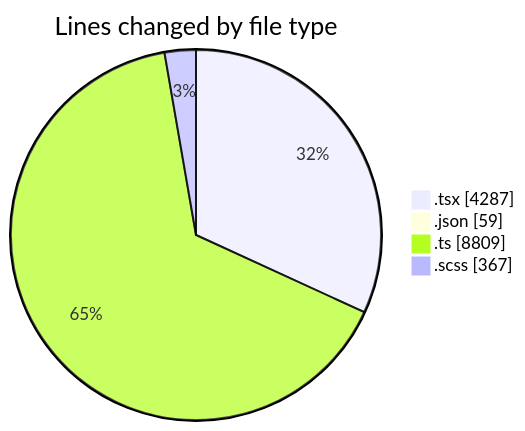
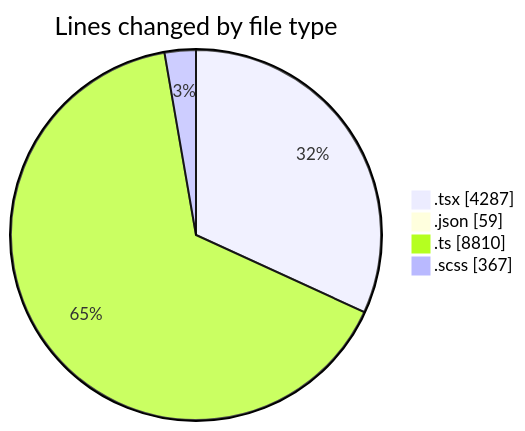
The first of 2 diagrams in 2025-11-24/cda/README.md (momahboobian/code-tracking), drawn with Mermaid before and after one commit. The commit also changed other lines of this file and 1 other file, not shown here.

````diff
--- a/2025-11-24/cda/README.md
+++ b/2025-11-24/cda/README.md
@@ -35,8 +36,8 @@
 ```mermaid
 pie showData
 title Lines changed by file type
 ".tsx" : 4287
 ".json" : 59
-".ts" : 8809
+".ts" : 8810
 ".scss" : 367
 ```
````
